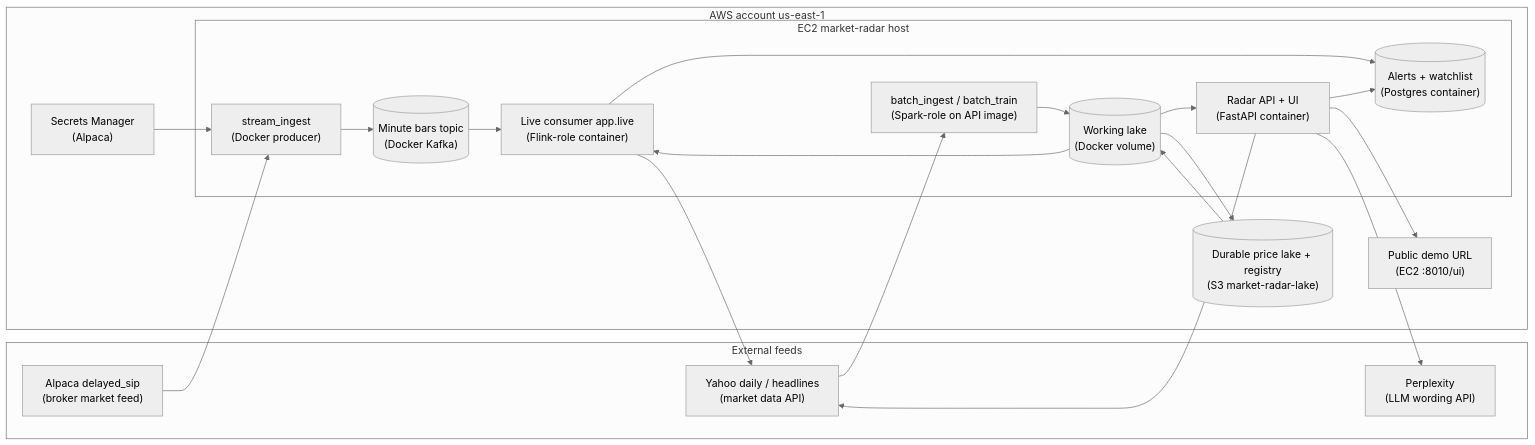
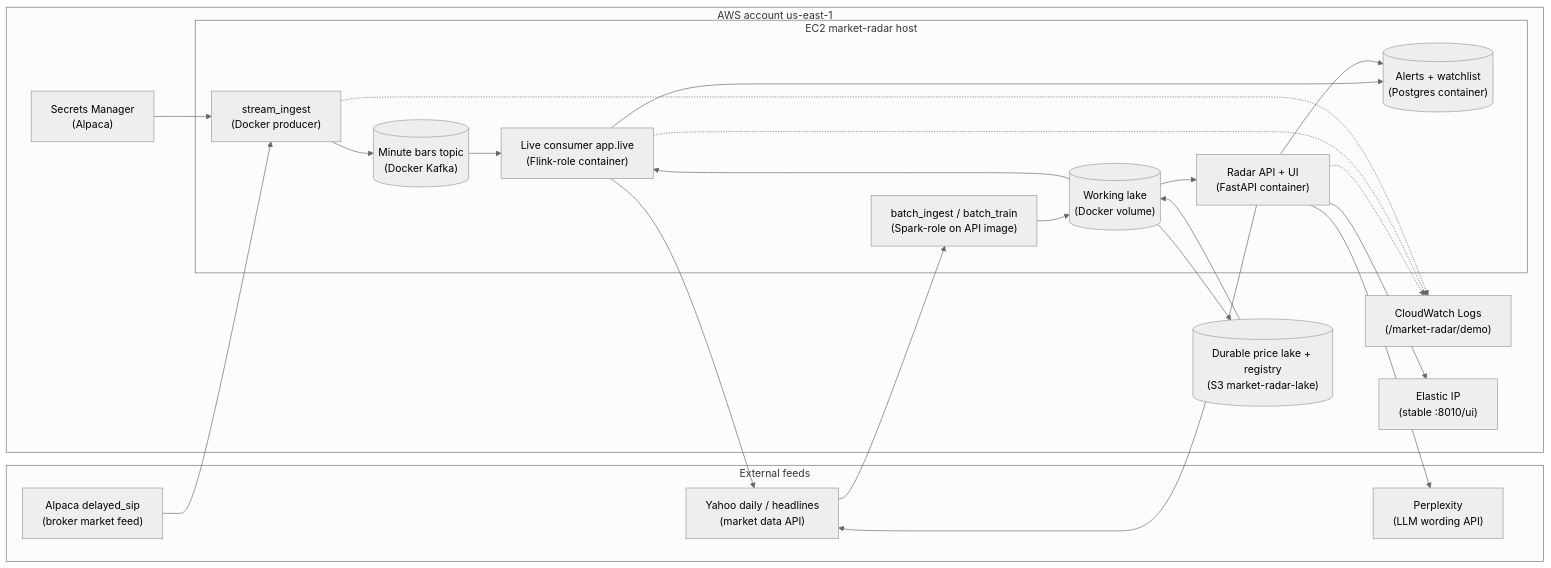
The diagram in docs/aws-deployment.md (sameerde4/ticker-alert-system), drawn with Mermaid (neutral theme) before and after one commit. The commit also changed other lines of this file and 3 other files, not shown here.

First line of the commit message:
Document AWS demo architecture: S3 lake, CloudWatch, EIP, open+last.

````diff
--- a/docs/aws-deployment.md
+++ b/docs/aws-deployment.md
@@ -85,38 +85,42 @@
 ```mermaid
 flowchart LR
     subgraph vendors [External feeds]
         ALP["Alpaca delayed_sip<br/>(broker market feed)"]
         YF["Yahoo daily / headlines<br/>(market data API)"]
         PPLX["Perplexity<br/>(LLM wording API)"]
     end
 
     subgraph aws [AWS account us-east-1]
         subgraph ec2box [EC2 market-radar host]
             KAFKA[("Minute bars topic<br/>(Docker Kafka)")]
             INGEST["stream_ingest<br/>(Docker producer)"]
             LIVE["Live consumer app.live<br/>(Flink-role container)"]
             API["Radar API + UI<br/>(FastAPI container)"]
             PG[("Alerts + watchlist<br/>(Postgres container)")]
             LAKE[("Working lake<br/>(Docker volume)")]
             BATCH["batch_ingest / batch_train<br/>(Spark-role on API image)"]
         end
 
         S3[("Durable price lake + registry<br/>(S3 market-radar-lake)")]
         SM["Secrets Manager<br/>(Alpaca)"]
-        URL["Public demo URL<br/>(EC2 :8010/ui)"]
+        CW["CloudWatch Logs<br/>(/market-radar/demo)"]
+        EIP["Elastic IP<br/>(stable :8010/ui)"]
     end
 
     ALP --> INGEST --> KAFKA --> LIVE
     YF --> BATCH --> LAKE
     LAKE --> S3
     S3 --> LAKE
     LAKE --> LIVE
     LAKE --> API
     SM --> INGEST
     LIVE --> PG
     API --> PG
     LIVE --> YF
     API --> YF
     API --> PPLX
-    API --> URL
+    API --> EIP
+    API -.-> CW
+    LIVE -.-> CW
+    INGEST -.-> CW
 ```
````
